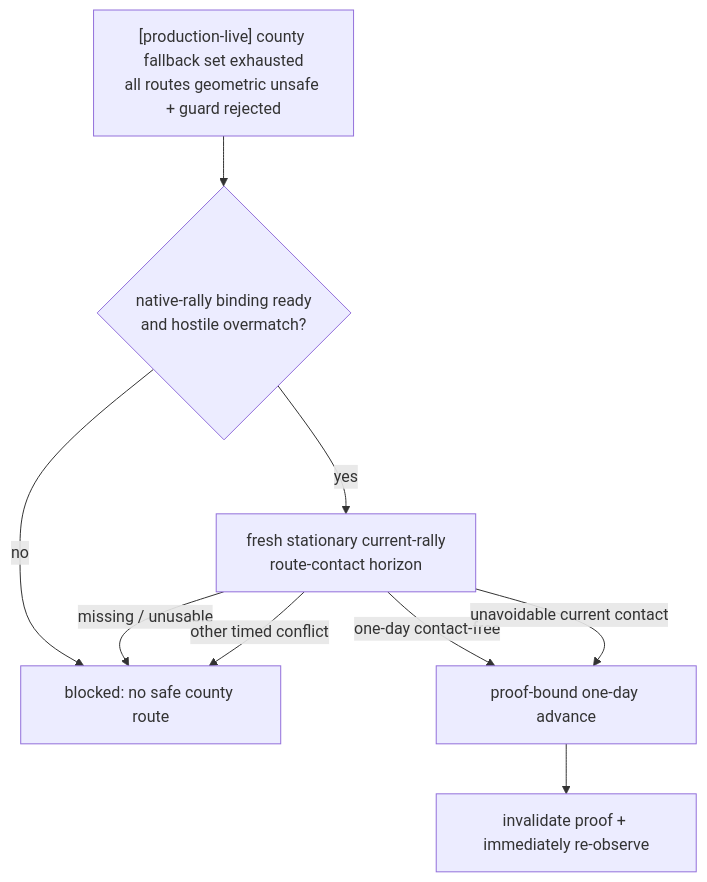
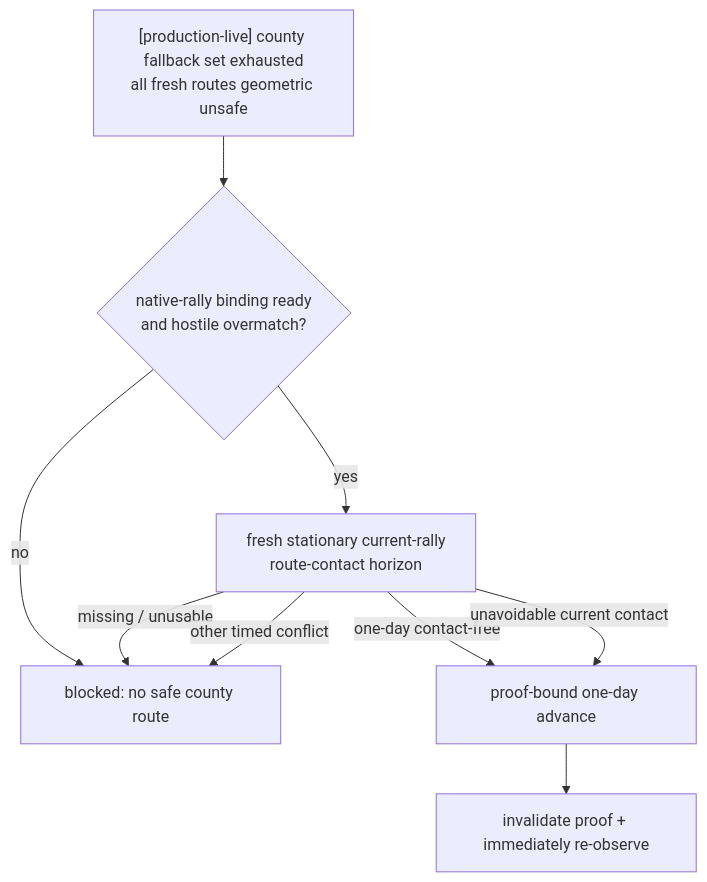
One commit to XenoAmess/ck3_eternal_recurrence changed the eighth of 16 diagrams in docs/ck3-native-ai/army-contact-resolution.md. Above: the diagram before and after it, drawn with Mermaid. The commit also changed other lines of this file and 3 other files, not shown here.

Commit message:
[R0044-B0] Restore rally fallback for timed conflicts

````diff
--- a/docs/ck3-native-ai/army-contact-resolution.md
+++ b/docs/ck3-native-ai/army-contact-resolution.md
@@ -508,11 +517,11 @@
 ```mermaid
 flowchart TD
-    G["[production-live] county fallback set exhausted<br/>all routes geometric unsafe + guard rejected"] --> B{"native-rally binding ready<br/>and hostile overmatch?"}
+    G["[production-live] county fallback set exhausted<br/>all fresh routes geometric unsafe"] --> B{"native-rally binding ready<br/>and hostile overmatch?"}
     B -->|no| X["blocked: no safe county route"]
     B -->|yes| Q["fresh stationary current-rally<br/>route-contact horizon"]
     Q -->|missing / unusable| X
     Q -->|other timed conflict| X
     Q -->|one-day contact-free| A["proof-bound one-day advance"]
     Q -->|unavoidable current contact| A
     A --> R["invalidate proof + immediately re-observe"]
 ```
````
